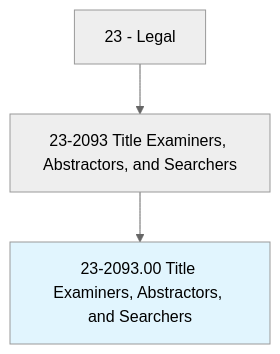
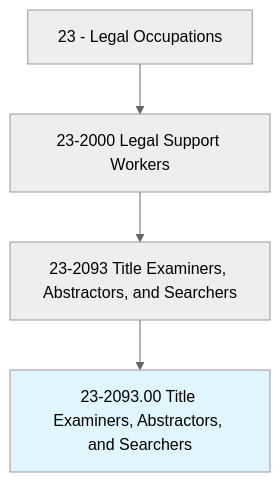
Before and after one commit to kziemski/business.org.ai: the first of 4 diagrams in occupations/Legal/TitleExaminersAbstractorsAndSearchers.mdx, drawn with Mermaid (neutral theme). The commit also changed other lines of this file and 938 other files, not shown here.

````diff
--- a/occupations/Legal/TitleExaminersAbstractorsAndSearchers.mdx
+++ b/occupations/Legal/TitleExaminersAbstractorsAndSearchers.mdx
@@ -19,6 +23,7 @@
 ```mermaid
 graph TD
-    Cat23["23 - Legal"] --> Group232093["23-2093 Title Examiners, Abstractors, and Searchers"]
-    Group232093 --> Current["23-2093.00 Title Examiners, Abstractors, and Searchers"]
+    Cat23["23 - Legal Occupations"] --> Group232["23-2000 Legal Support Workers"]
+    Group232 --> Base2093["23-2093 Title Examiners, Abstractors, and Searchers"]
+    Base2093 --> Current["23-2093.00 Title Examiners, Abstractors, and Searchers"]
     style Current fill:#e1f5fe
 ```
````
